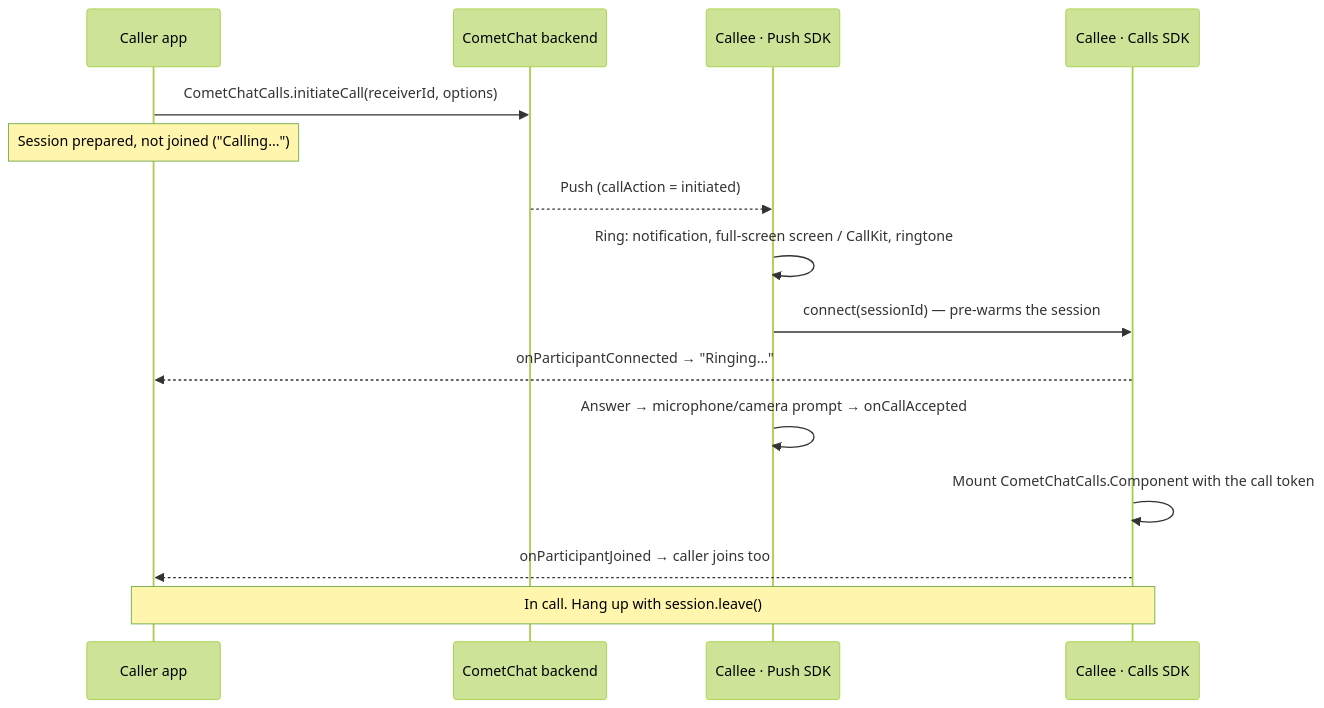
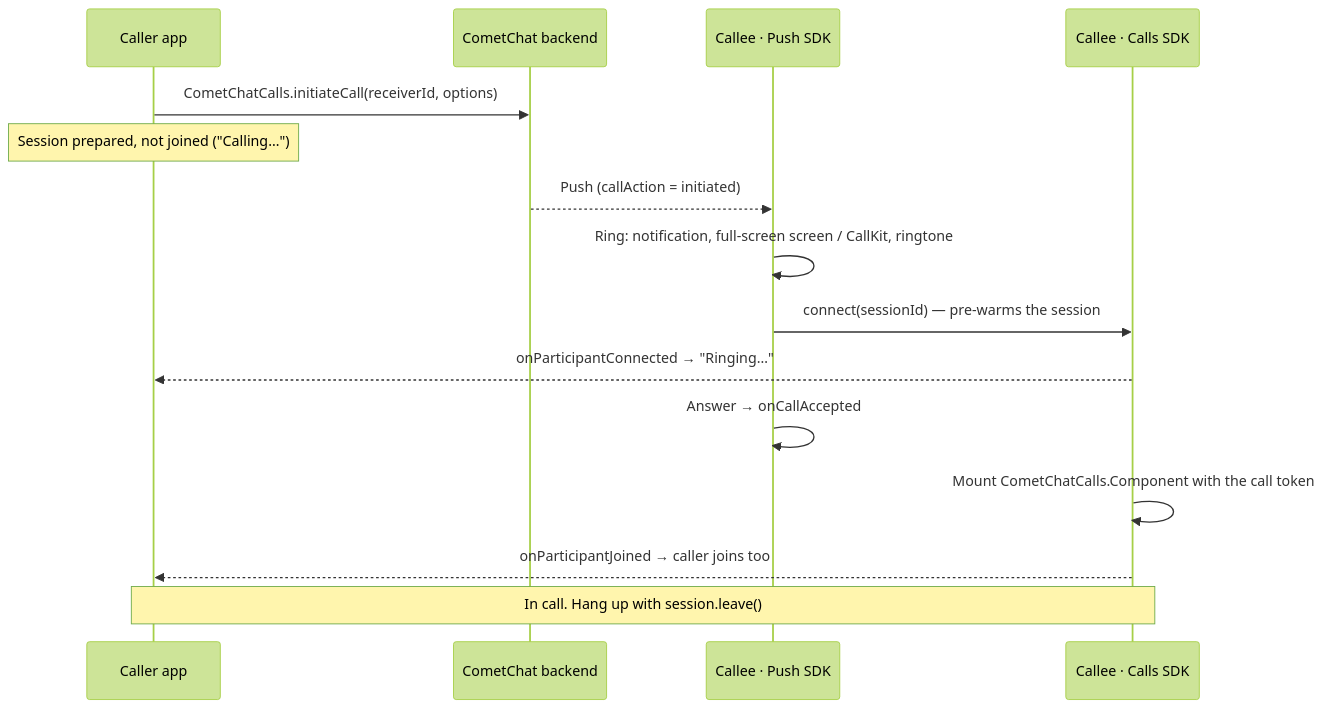
The diagram in calls/react-native/ringing.mdx (cometchat/docs), drawn with Mermaid (forest theme) before and after one commit. The commit also changed other lines of this file and 3 other files, not shown here.

````diff
--- a/calls/react-native/ringing.mdx
+++ b/calls/react-native/ringing.mdx
@@ -25,18 +25,18 @@
 ```mermaid
 sequenceDiagram
     participant A as Caller app
     participant BE as CometChat backend
     participant P as Callee · Push SDK
     participant C as Callee · Calls SDK
 
     A->>BE: CometChatCalls.initiateCall(receiverId, options)
     Note over A: Session prepared, not joined ("Calling…")
     BE-->>P: Push (callAction = initiated)
     P->>P: Ring: notification, full-screen screen / CallKit, ringtone
     P->>C: connect(sessionId) — pre-warms the session
     C-->>A: onParticipantConnected → "Ringing…"
-    P->>P: Answer → microphone/camera prompt → onCallAccepted
+    P->>P: Answer → onCallAccepted
     C->>C: Mount CometChatCalls.Component with the call token
     C-->>A: onParticipantJoined → caller joins too
     Note over A,C: In call. Hang up with session.leave()
 ```
````
